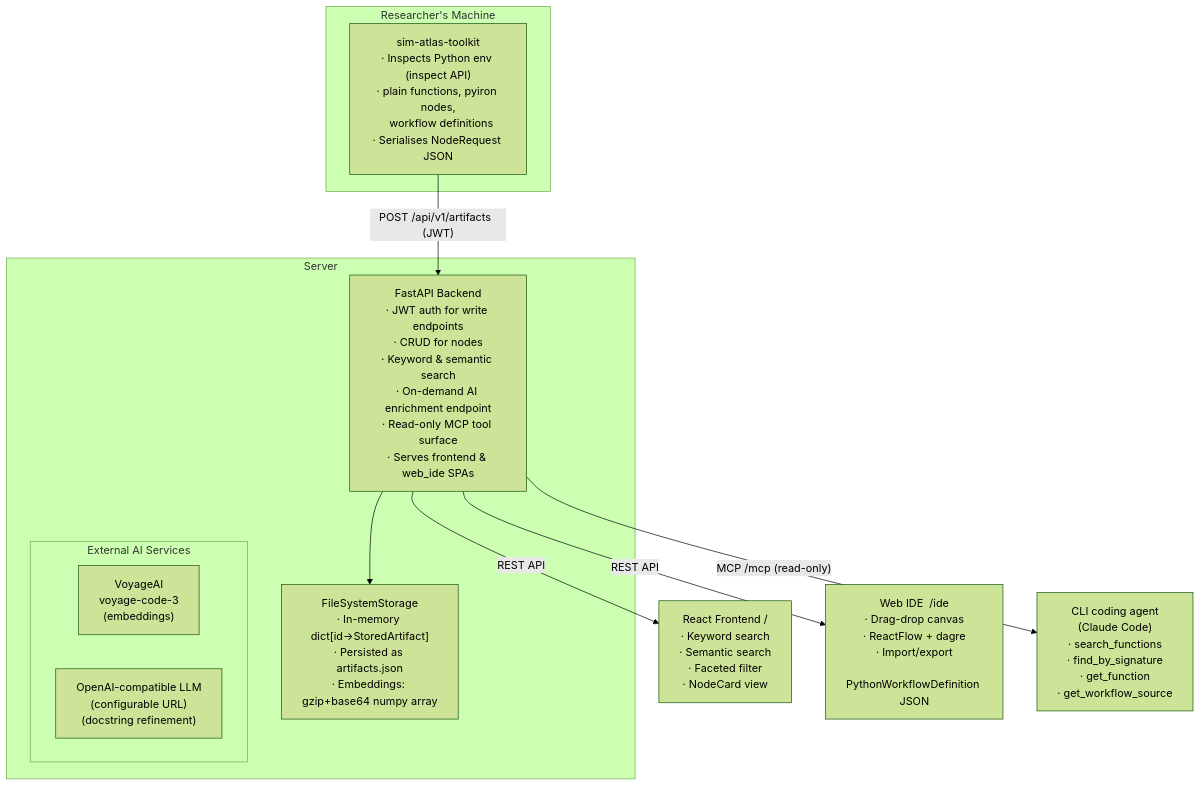
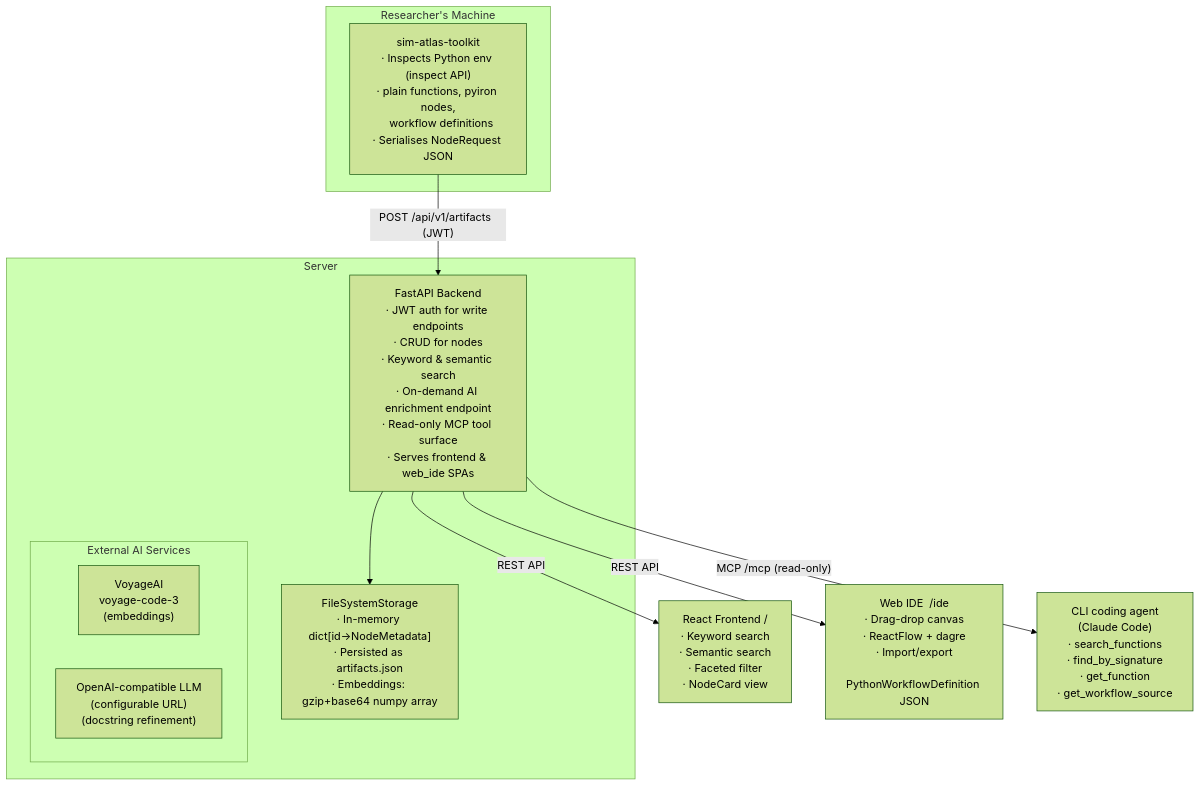
Before and after one commit to XzzX/sim_atlas: the first of 3 diagrams in docs/architecture.md, drawn with Mermaid (forest theme). The commit also changed other lines of this file and 47 other files, not shown here.

````diff
--- a/docs/architecture.md
+++ b/docs/architecture.md
@@ -53,25 +53,25 @@
 ```mermaid
 flowchart TD
     subgraph RM["Researcher's Machine"]
         T["sim-atlas-toolkit<br/>· Inspects Python env (inspect API)<br/>· plain functions, pyiron nodes,<br/>  workflow definitions<br/>· Serialises NodeRequest JSON"]
     end
 
     subgraph SRV["Server"]
         B["FastAPI Backend<br/>· JWT auth for write endpoints<br/>· CRUD for nodes<br/>· Keyword & semantic search<br/>· On-demand AI enrichment endpoint<br/>· Read-only MCP tool surface<br/>· Serves frontend & web_ide SPAs"]
-        FS["FileSystemStorage<br/>· In-memory dict[id→StoredArtifact]<br/>· Persisted as artifacts.json<br/>· Embeddings: gzip+base64 numpy array"]
+        FS["FileSystemStorage<br/>· In-memory dict[id→NodeMetadata]<br/>· Persisted as artifacts.json<br/>· Embeddings: gzip+base64 numpy array"]
         subgraph AI["External AI Services"]
             V["VoyageAI<br/>voyage-code-3<br/>(embeddings)"]
             L["OpenAI-compatible LLM<br/>(configurable URL)<br/>(docstring refinement)"]
         end
     end
 
     F["React Frontend  /<br/>· Keyword search<br/>· Semantic search<br/>· Faceted filter<br/>· NodeCard view"]
     W["Web IDE  /ide<br/>· Drag-drop canvas<br/>· ReactFlow + dagre<br/>· Import/export<br/>  PythonWorkflowDefinition JSON"]
     C["CLI coding agent<br/>(Claude Code)<br/>· search_functions<br/>· find_by_signature<br/>· get_function<br/>· get_workflow_source"]
 
     T -->|"POST /api/v1/artifacts  (JWT)"| B
     B --> FS
     B -->|"REST API"| F
     B -->|"REST API"| W
     B -->|"MCP  /mcp  (read-only)"| C
 ```
````
